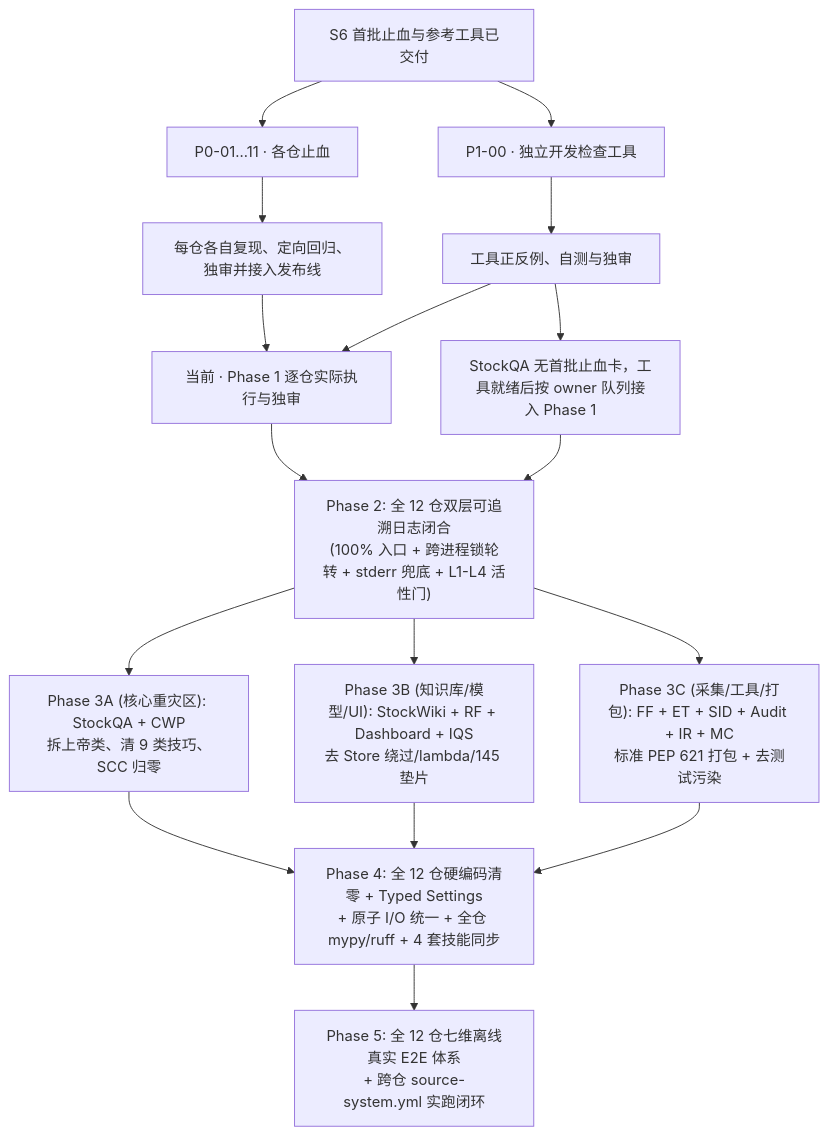
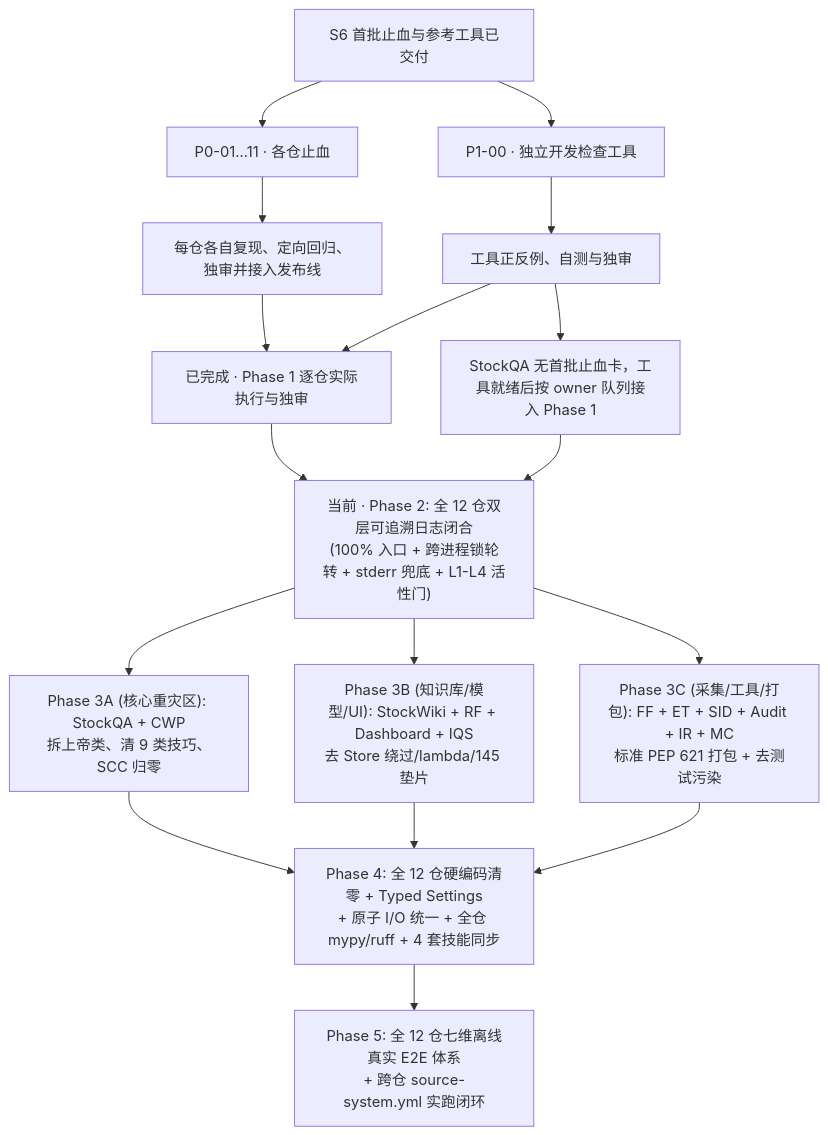
Before and after one commit to zhengcb81/company-wiki: the diagram in docs/plans/ecosystem-quality-audit-2026-11-27/task_plan.md, drawn with Mermaid. The commit also changed other lines of this file and 4 other files, not shown here.

````diff
--- a/docs/plans/ecosystem-quality-audit-2026-11-27/task_plan.md
+++ b/docs/plans/ecosystem-quality-audit-2026-11-27/task_plan.md
@@ -25,19 +25,19 @@
 ```mermaid
 flowchart TD
   Start["S6 首批止血与参考工具已交付"] --> P0["P0-01…11 · 各仓止血"]
   Start --> P10["P1-00 · 独立开发检查工具"]
   P0 --> A["每仓各自复现、定向回归、独审并接入发布线"]
   P10 --> B["工具正反例、自测与独审"]
-  A --> P1["当前 · Phase 1 逐仓实际执行与独审"]
+  A --> P1["已完成 · Phase 1 逐仓实际执行与独审"]
   B --> P1
   B --> QA["StockQA 无首批止血卡，工具就绪后按 owner 队列接入 Phase 1"]
-  P1 --> P2["Phase 2: 全 12 仓双层可追溯日志闭合<br/>(100% 入口 + 跨进程锁轮转 + stderr 兜底 + L1-L4 活性门)"]
+  P1 --> P2["当前 · Phase 2: 全 12 仓双层可追溯日志闭合<br/>(100% 入口 + 跨进程锁轮转 + stderr 兜底 + L1-L4 活性门)"]
   QA --> P2
   P2 --> P3A["Phase 3A (核心重灾区): StockQA + CWP<br/>拆上帝类、清 9 类技巧、SCC 归零"]
   P2 --> P3B["Phase 3B (知识库/模型/UI): StockWiki + RF + Dashboard + IQS<br/>去 Store 绕过/lambda/145 垫片"]
   P2 --> P3C["Phase 3C (采集/工具/打包): FF + ET + SID + Audit + IR + MC<br/>标准 PEP 621 打包 + 去测试污染"]
   P3A --> P4["Phase 4: 全 12 仓硬编码清零 + Typed Settings<br/>+ 原子 I/O 统一 + 全仓 mypy/ruff + 4 套技能同步"]
   P3B --> P4
   P3C --> P4
   P4 --> P5["Phase 5: 全 12 仓七维离线真实 E2E 体系<br/>+ 跨仓 source-system.yml 实跑闭环"]
 ```
````
